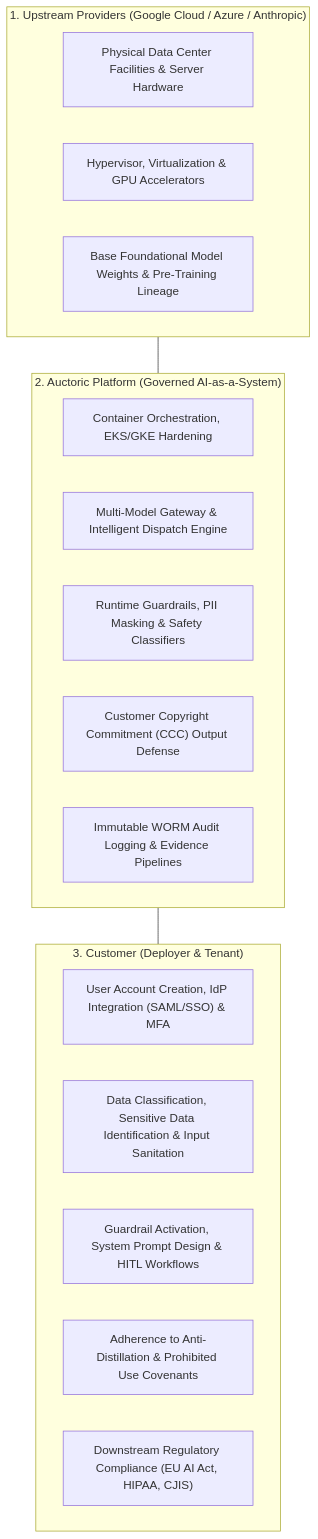
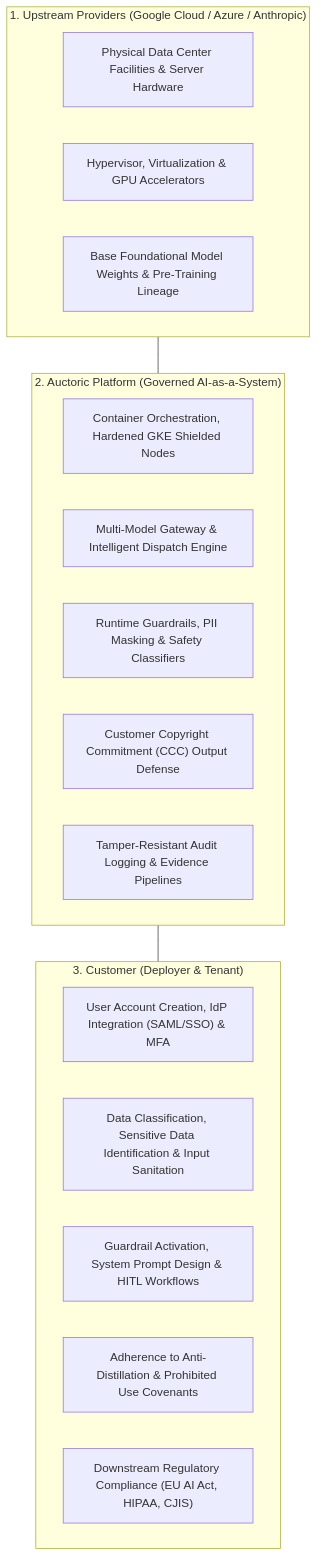
One commit to Auctoric/auctoric-compliance-framework changed the diagram in docs/security-trust/shared-responsibility-matrix.md. Above: the diagram before and after it, drawn with Mermaid. The commit also changed other lines of this file and 20 other files, not shown here.

````diff
--- a/docs/security-trust/shared-responsibility-matrix.md
+++ b/docs/security-trust/shared-responsibility-matrix.md
@@ -21,26 +21,26 @@
 ```mermaid
 flowchart TD
     subgraph CSP["1. Upstream Providers (Google Cloud / Azure / Anthropic)"]
         Phys["Physical Data Center Facilities & Server Hardware"]
         Virt["Hypervisor, Virtualization & GPU Accelerators"]
         BaseModels["Base Foundational Model Weights & Pre-Training Lineage"]
     end
 
     subgraph Auctoric["2. Auctoric Platform (Governed AI-as-a-System)"]
-        Kubernetes["Container Orchestration, EKS/GKE Hardening"]
+        Kubernetes["Container Orchestration, Hardened GKE Shielded Nodes"]
         Router["Multi-Model Gateway & Intelligent Dispatch Engine"]
         Guardrails["Runtime Guardrails, PII Masking & Safety Classifiers"]
         CCC["Customer Copyright Commitment (CCC) Output Defense"]
-        AuditLog["Immutable WORM Audit Logging & Evidence Pipelines"]
+        AuditLog["Tamper-Resistant Audit Logging & Evidence Pipelines"]
     end
 
     subgraph Customer["3. Customer (Deployer & Tenant)"]
         IAM["User Account Creation, IdP Integration (SAML/SSO) & MFA"]
         DataGov["Data Classification, Sensitive Data Identification & Input Sanitation"]
         SafetyGov["Guardrail Activation, System Prompt Design & HITL Workflows"]
         AntiDistill["Adherence to Anti-Distillation & Prohibited Use Covenants"]
         Downstream["Downstream Regulatory Compliance (EU AI Act, HIPAA, CJIS)"]
     end
 
     CSP --- Auctoric --- Customer
 ```
````
